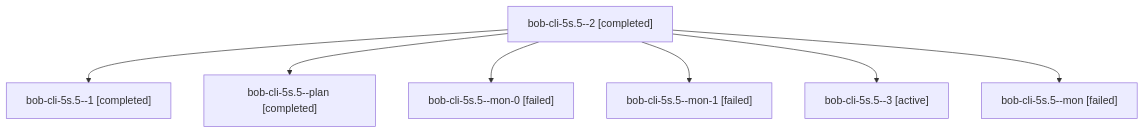
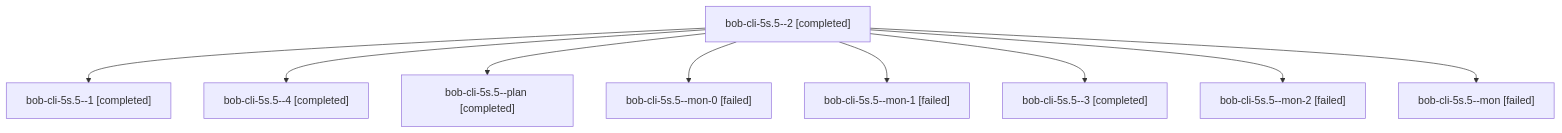
The diagram in sessions/bbugyi200.apollo.bob-cli-5s.5.md (bobs-org/bob-cli--agents), drawn with Mermaid before and after one commit. The commit also changed other lines of this file and 52 other files, not shown here.

````diff
--- a/sessions/bbugyi200.apollo.bob-cli-5s.5.md
+++ b/sessions/bbugyi200.apollo.bob-cli-5s.5.md
@@ -9,16 +9,20 @@
 ```mermaid
 flowchart TD
   n0["bob-cli-5s.5--2 [completed]"]
   n1["bob-cli-5s.5--1 [completed]"]
   n0 --> n1
-  n2["bob-cli-5s.5--plan [completed]"]
+  n2["bob-cli-5s.5--4 [completed]"]
   n0 --> n2
-  n3["bob-cli-5s.5--mon-0 [failed]"]
+  n3["bob-cli-5s.5--plan [completed]"]
   n0 --> n3
-  n4["bob-cli-5s.5--mon-1 [failed]"]
+  n4["bob-cli-5s.5--mon-0 [failed]"]
   n0 --> n4
-  n5["bob-cli-5s.5--3 [active]"]
+  n5["bob-cli-5s.5--mon-1 [failed]"]
   n0 --> n5
-  n6["bob-cli-5s.5--mon [failed]"]
+  n6["bob-cli-5s.5--3 [completed]"]
   n0 --> n6
+  n7["bob-cli-5s.5--mon-2 [failed]"]
+  n0 --> n7
+  n8["bob-cli-5s.5--mon [failed]"]
+  n0 --> n8
 ```
````
